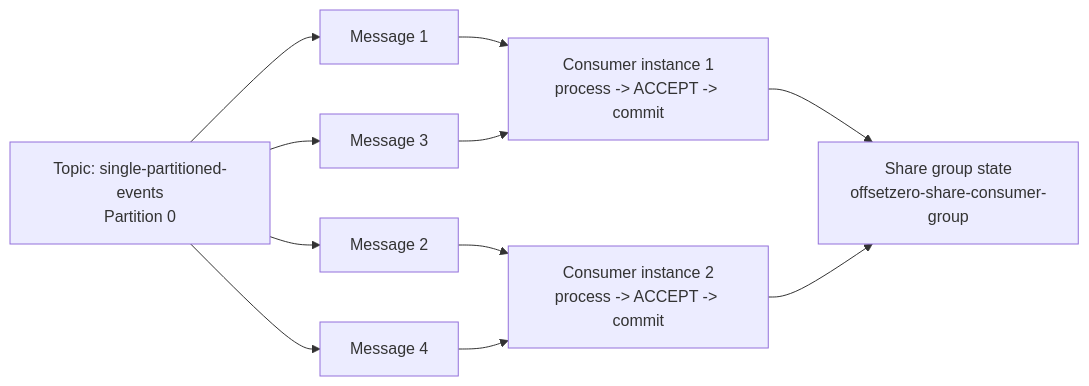
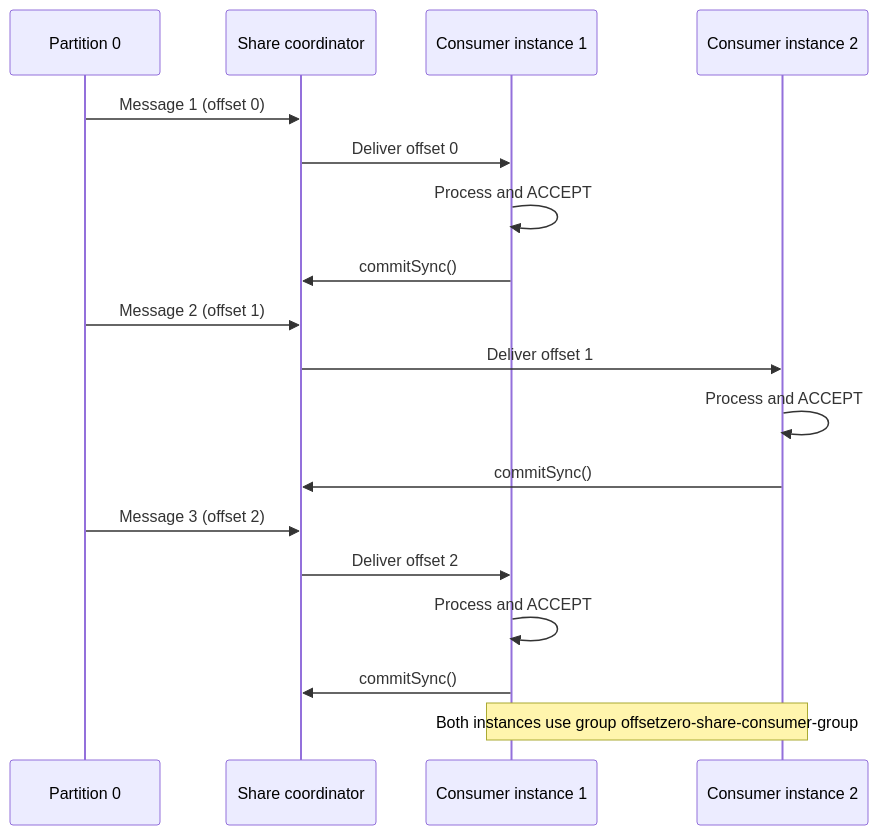
The diagram in SimpleShareKafkaConsumer/README.md (shubhamsworking/OffsetZero), drawn with Mermaid before and after one commit.

Commit message:
modified diagram to flowchart diagram

````diff
--- a/SimpleShareKafkaConsumer/README.md
+++ b/SimpleShareKafkaConsumer/README.md
@@ -76,15 +76,24 @@
 ```mermaid
-flowchart LR
-	P[Topic: single-partitioned-events\nPartition 0] --> M1[Message 1]
-	P --> M2[Message 2]
-	P --> M3[Message 3]
-	P --> M4[Message 4]
+sequenceDiagram
+	participant P as Partition 0
+	participant S as Share coordinator
+	participant C1 as Consumer instance 1
+	participant C2 as Consumer instance 2
 
-	M1 --> C1[Consumer instance 1\nprocess -> ACCEPT -> commit]
-	M3 --> C1
-	M2 --> C2[Consumer instance 2\nprocess -> ACCEPT -> commit]
-	M4 --> C2
+	P->>S: Message 1 (offset 0)
+	S->>C1: Deliver offset 0
+	C1->>C1: Process and ACCEPT
+	C1->>S: commitSync()
 
-	C1 --> G[Share group state\noffsetzero-share-consumer-group]
-	C2 --> G
+	P->>S: Message 2 (offset 1)
+	S->>C2: Deliver offset 1
+	C2->>C2: Process and ACCEPT
+	C2->>S: commitSync()
+
+	P->>S: Message 3 (offset 2)
+	S->>C1: Deliver offset 2
+	C1->>C1: Process and ACCEPT
+	C1->>S: commitSync()
+
+	Note over C1,C2: Both instances use group offsetzero-share-consumer-group
 ```
````
